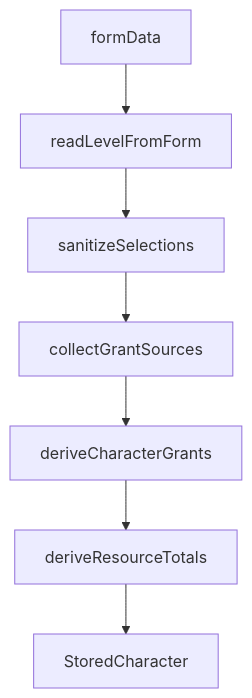
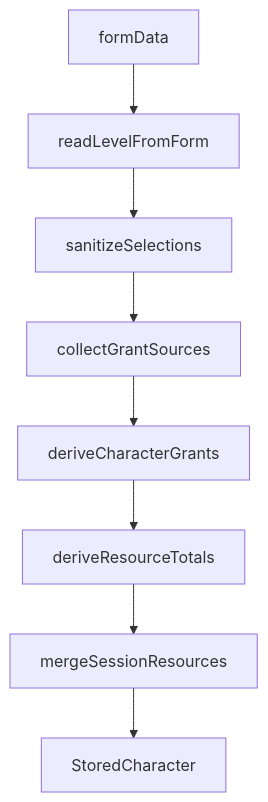
The diagram in PROJECT_CONTEXT.md (PedroVMLopes/rpv-front), drawn with Mermaid before and after one commit. The commit also changed other lines of this file and 74 other files, not shown here.

First line of the commit message:
Refactor character resource management and enhance spellcasting logic

````diff
--- a/PROJECT_CONTEXT.md
+++ b/PROJECT_CONTEXT.md
@@ -13,9 +13,10 @@
 ```mermaid
 flowchart TD
   formData --> readLevel[readLevelFromForm]
   readLevel --> sanitize[sanitizeSelections]
   sanitize --> collect[collectGrantSources]
   collect --> derive[deriveCharacterGrants]
-  derive --> resources[deriveResourceTotals]
-  resources --> stored[StoredCharacter]
+  derive --> maxima[deriveResourceTotals]
+  maxima --> mergeRes[mergeSessionResources]
+  mergeRes --> stored[StoredCharacter]
 ```
````
